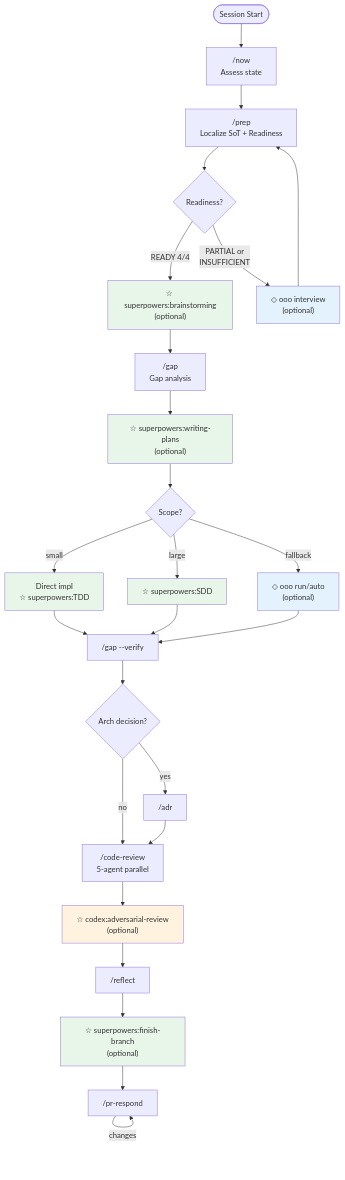
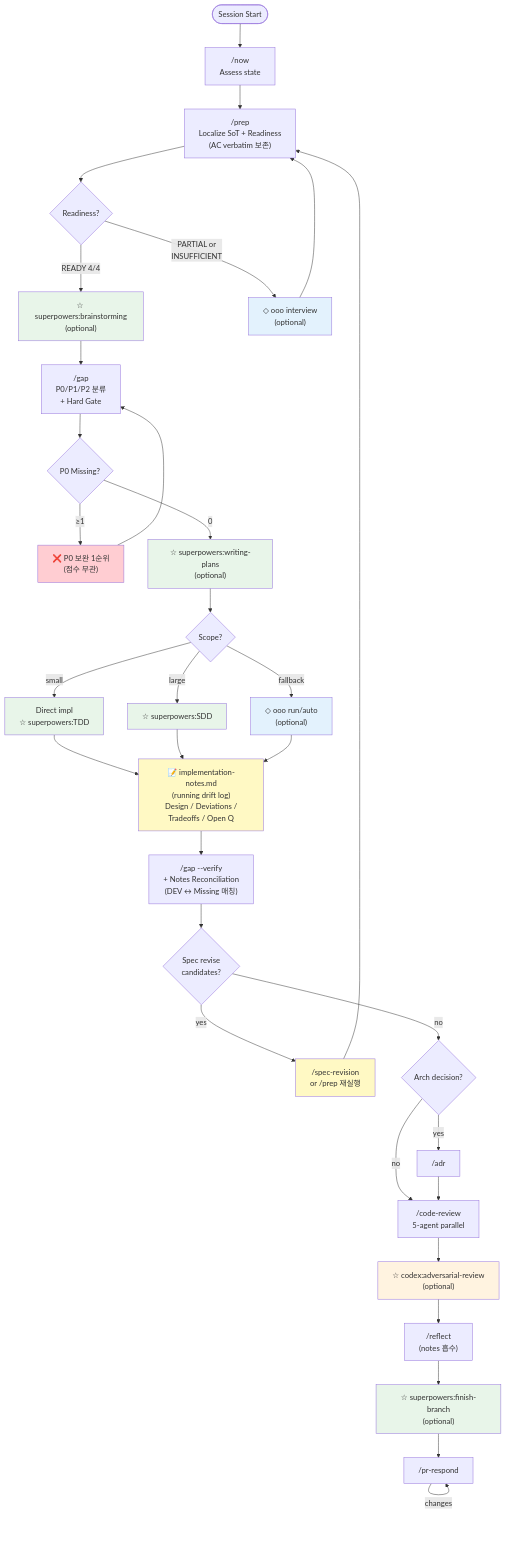
One commit to narashin/nara-kit changed the first of 2 diagrams in README.md. Above: the diagram before and after it, drawn with Mermaid. The commit also changed other lines of this file and 7 other files, not shown here.

Commit message:
feat(gap,doc-mode,dev-mode,reflect,README): Notes Reconciliation + 카테고리 원본 회복 + Gates/Artifacts 섹션; bump 0.3.8

````diff
--- a/README.md
+++ b/README.md
@@ -229,36 +229,46 @@
 ```mermaid
 flowchart TD
     START([Session Start]) --> MWHAT["/now<br>Assess state"]
-    MWHAT --> PREP["/prep<br>Localize SoT + Readiness"]
+    MWHAT --> PREP["/prep<br>Localize SoT + Readiness<br>(AC verbatim 보존)"]
     PREP --> READY{Readiness?}
     READY -->|"READY 4/4"| BRAIN["☆ superpowers:brainstorming<br>(optional)"]
     READY -->|"PARTIAL or<br>INSUFFICIENT"| OOO_INT["◇ ooo interview<br>(optional)"]
     OOO_INT --> PREP
-    BRAIN --> GAP["/gap<br>Gap analysis"]
-    GAP --> PLAN["☆ superpowers:writing-plans<br>(optional)"]
+    BRAIN --> GAP["/gap<br>P0/P1/P2 분류<br>+ Hard Gate"]
+    GAP --> P0Q{P0 Missing?}
+    P0Q -->|"≥1"| BLOCK["❌ P0 보완 1순위<br>(점수 무관)"]
+    BLOCK --> GAP
+    P0Q -->|"0"| PLAN["☆ superpowers:writing-plans<br>(optional)"]
     PLAN --> EXEC{Scope?}
     EXEC -->|small| DIRECT["Direct impl<br>☆ superpowers:TDD"]
     EXEC -->|large| SDD["☆ superpowers:SDD"]
     EXEC -->|fallback| OOO_RUN["◇ ooo run/auto<br>(optional)"]
-    DIRECT --> VERIFY["/gap --verify"]
-    SDD --> VERIFY
-    OOO_RUN --> VERIFY
-    VERIFY --> ADR_Q{Arch decision?}
+    DIRECT --> NOTES["📝 implementation-notes.md<br>(running drift log)<br>Design / Deviations /<br>Tradeoffs / Open Q"]
+    SDD --> NOTES
+    OOO_RUN --> NOTES
+    NOTES --> VERIFY["/gap --verify<br>+ Notes Reconciliation<br>(DEV ↔ Missing 매칭)"]
+    VERIFY --> REVISE_Q{Spec revise<br>candidates?}
+    REVISE_Q -->|yes| SPEC_REV["/spec-revision<br>or /prep 재실행"]
+    SPEC_REV --> PREP
+    REVISE_Q -->|no| ADR_Q{Arch decision?}
     ADR_Q -->|yes| ADR["/adr"]
     ADR_Q -->|no| REVIEW
     ADR --> REVIEW["/code-review<br>5-agent parallel"]
     REVIEW --> CODEX["☆ codex:adversarial-review<br>(optional)"]
-    CODEX --> REFLECT["/reflect"]
+    CODEX --> REFLECT["/reflect<br>(notes 흡수)"]
     REFLECT --> FINISH["☆ superpowers:finish-branch<br>(optional)"]
     FINISH --> PR_RESPOND["/pr-respond"]
     PR_RESPOND -->|changes| PR_RESPOND
 
     style BRAIN fill:#e8f5e9
     style PLAN fill:#e8f5e9
     style DIRECT fill:#e8f5e9
     style SDD fill:#e8f5e9
     style FINISH fill:#e8f5e9
     style CODEX fill:#fff3e0
     style OOO_INT fill:#e3f2fd
     style OOO_RUN fill:#e3f2fd
+    style NOTES fill:#fff9c4
+    style BLOCK fill:#ffcdd2
+    style SPEC_REV fill:#fff9c4
 ```
````
